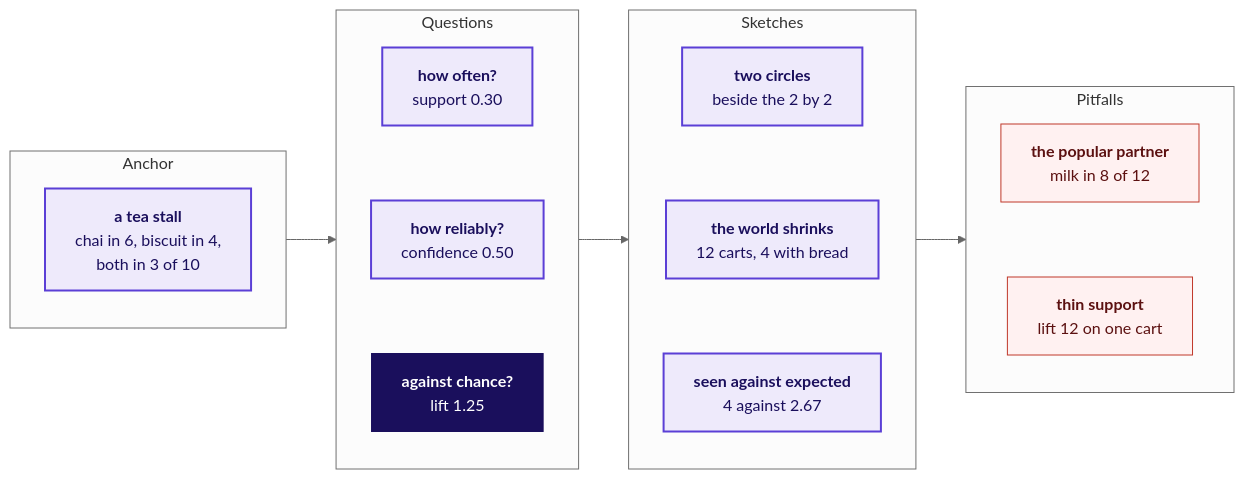
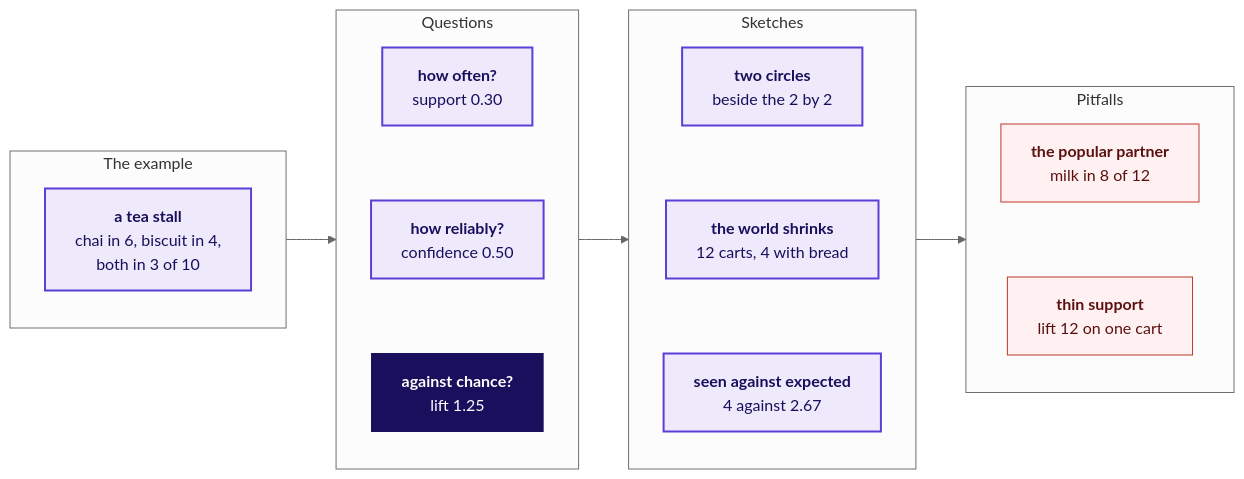
The fourth of 9 diagrams in content/W04/D3/whiteboards/C2_W04_D03_board_work_STUDENT.md (fde-academy-lab/c2-content-factory), drawn with Mermaid (neutral theme) before and after one commit. The commit also changed other lines of this file and 20 other files, not shown here.

````diff
--- a/content/W04/D3/whiteboards/C2_W04_D03_board_work_STUDENT.md
+++ b/content/W04/D3/whiteboards/C2_W04_D03_board_work_STUDENT.md
@@ -69,25 +69,25 @@
 ```mermaid
 flowchart LR
-    subgraph A["Anchor"]
+    subgraph A["The example"]
         A1["<b>a tea stall</b><br/>chai in 6, biscuit in 4,<br/>both in 3 of 10"]
     end
     subgraph Q["Questions"]
         direction TB
         Q1["<b>how often?</b><br/>support 0.30"] ~~~ Q2["<b>how reliably?</b><br/>confidence 0.50"] ~~~ Q3["<b>against chance?</b><br/>lift 1.25"]
     end
     subgraph S["Sketches"]
         direction TB
         S1["<b>two circles</b><br/>beside the 2 by 2"] ~~~ S2["<b>the world shrinks</b><br/>12 carts, 4 with bread"] ~~~ S3["<b>seen against expected</b><br/>4 against 2.67"]
     end
     subgraph P["Pitfalls"]
         direction TB
         P1["<b>the popular partner</b><br/>milk in 8 of 12"] ~~~ P2["<b>thin support</b><br/>lift 12 on one cart"]
     end
     A --> Q --> S --> P
     classDef known fill:#EEEAFB,stroke:#5B3FD6,color:#1A0F5C,stroke-width:2px
     classDef lit fill:#1A0F5C,stroke:#1A0F5C,color:#FFFFFF
     classDef trap fill:#FFF1F1,stroke:#C0392B,color:#5C1111
     class A1,Q1,Q2,S1,S2,S3 known
     class Q3 lit
     class P1,P2 trap
 ```
````
